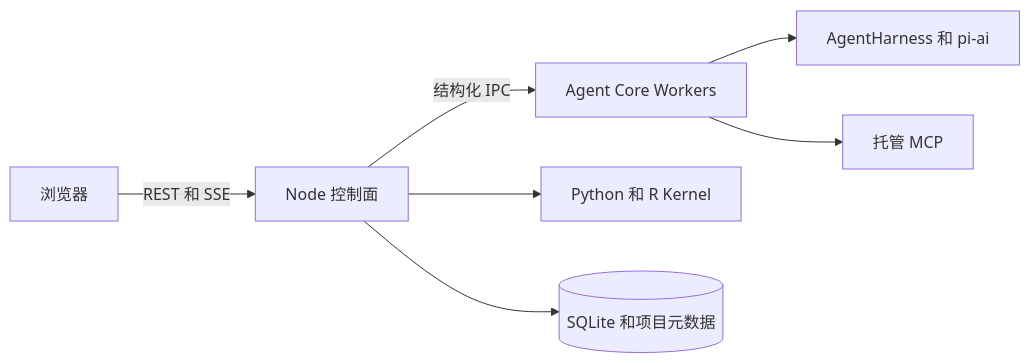
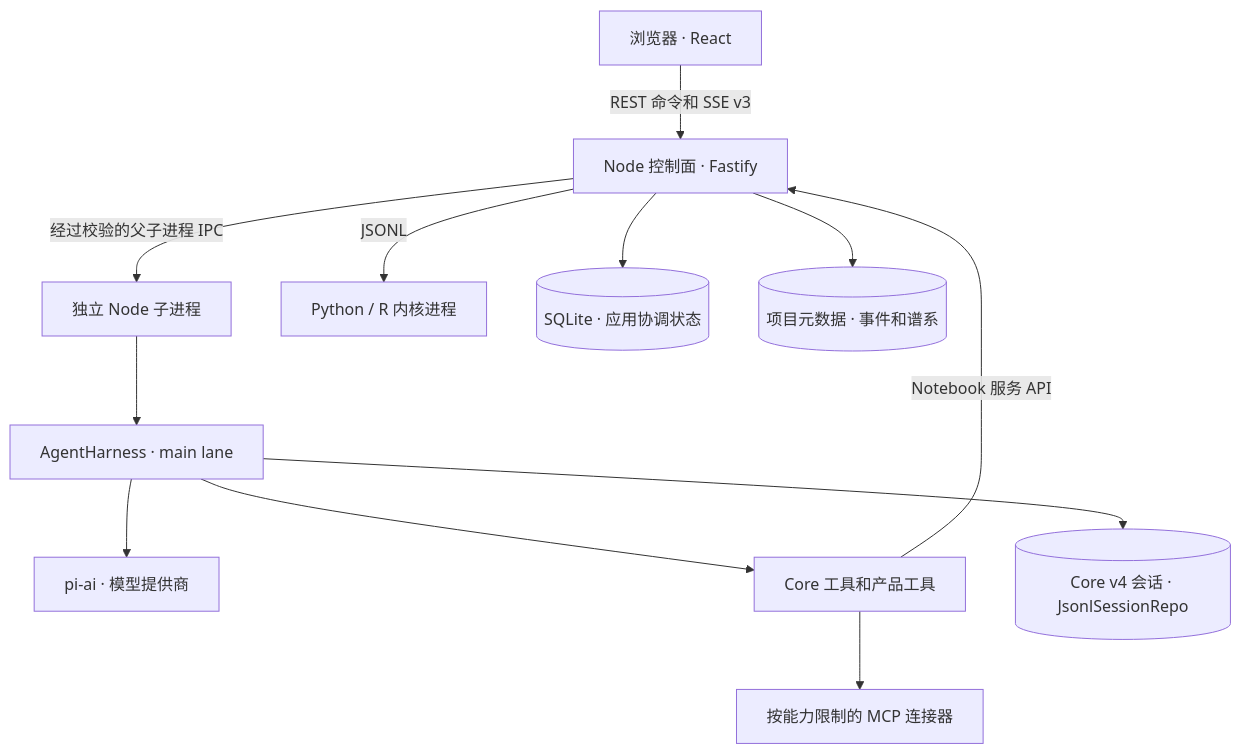
The first of 2 diagrams in docs/architecture.zh-CN.md (Garhorne0813/pi-science), drawn with Mermaid before and after one commit. The commit also changed other lines of this file and 5 other files, not shown here.

Commit message:
Clarify README onboarding and Core-first architecture documentation

````diff
--- a/docs/architecture.zh-CN.md
+++ b/docs/architecture.zh-CN.md
@@ -10,9 +9,14 @@
 ```mermaid
-flowchart LR
-    UI[浏览器] -->|REST 和 SSE| CP[Node 控制面]
-    CP -->|结构化 IPC| W[Agent Core Workers]
-    W --> SDK[AgentHarness 和 pi-ai]
-    W --> MCP[托管 MCP]
-    CP --> K[Python 和 R Kernel]
-    CP --> DB[(SQLite 和项目元数据)]
+flowchart TB
+    UI["浏览器 · React"] -->|REST 命令和 SSE v3| CP["Node 控制面 · Fastify"]
+    CP -->|经过校验的父子进程 IPC| W["独立 Node 子进程"]
+    W --> H["AgentHarness · main lane"]
+    H --> AI["pi-ai · 模型提供商"]
+    H --> T["Core 工具和产品工具"]
+    T --> MCP["按能力限制的 MCP 连接器"]
+    T -->|Notebook 服务 API| CP
+    H --> S[("Core v4 会话 · JsonlSessionRepo")]
+    CP -->|JSONL| K["Python / R 内核进程"]
+    CP --> DB[("SQLite · 应用协调状态")]
+    CP --> P[("项目元数据 · 事件和谱系")]
 ```
````
